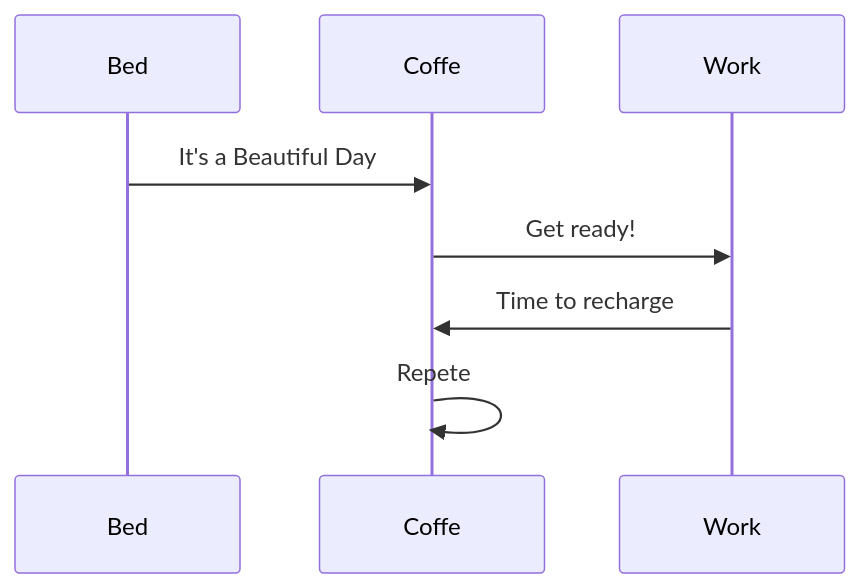
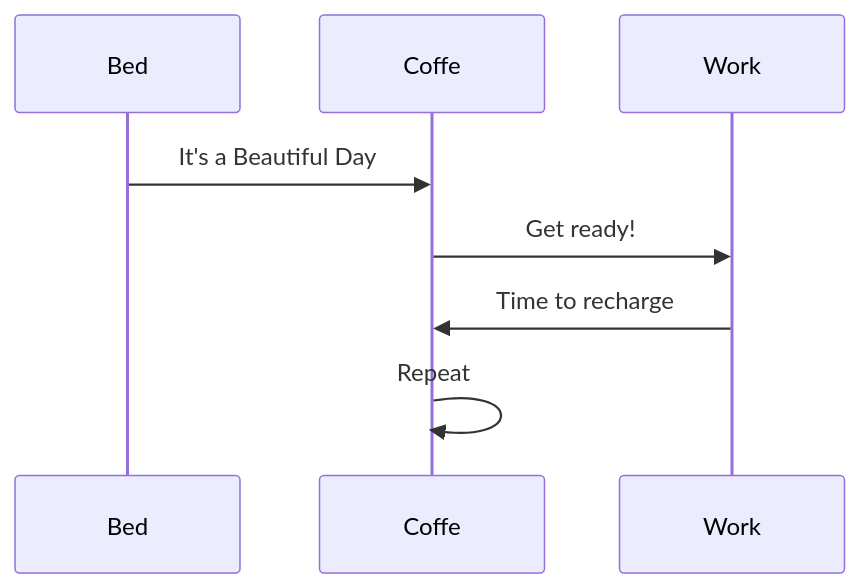
The diagram in README.md (xandrade/alpha-api), drawn with Mermaid before and after one commit.

````diff
--- a/README.md
+++ b/README.md
@@ -3,10 +3,10 @@
 ```mermaid
 sequenceDiagram
     participant Bed
     participant Coffe
     participant Work
     Bed->>Coffe: It's a Beautiful Day
     Coffe->>Work: Get ready!
     Work->>Coffe: Time to recharge
-    Coffe->>Coffe: Repete
+    Coffe->>Coffe: Repeat
 ```
````
